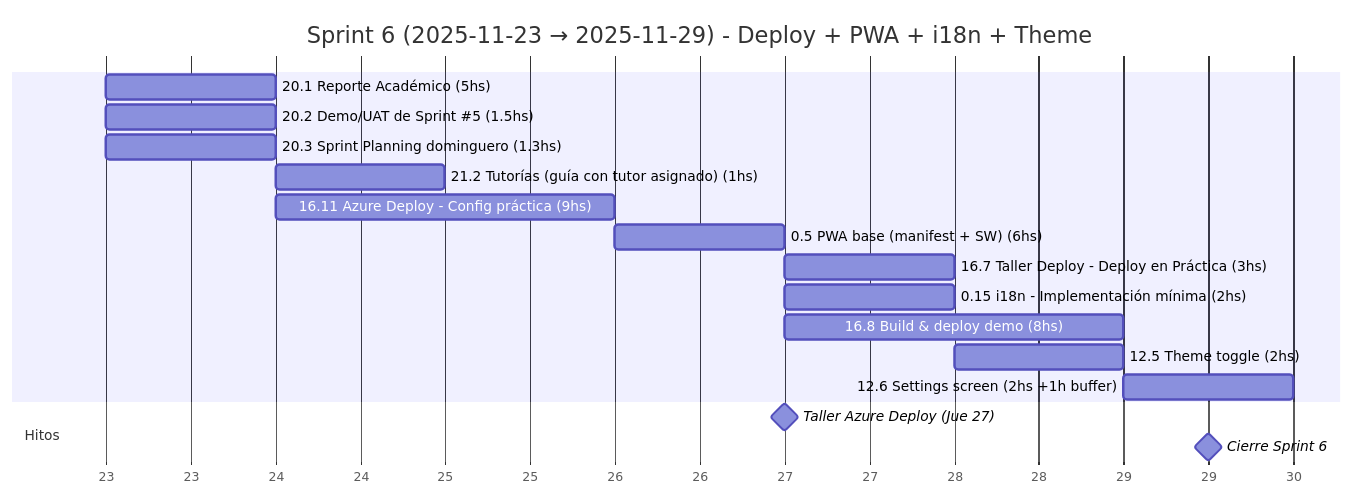
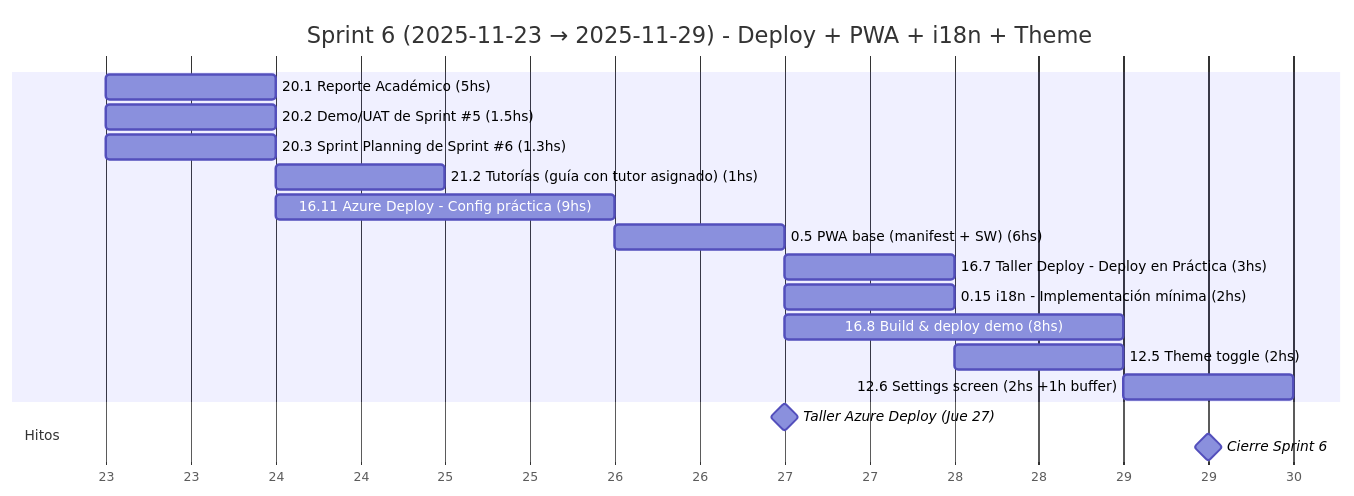
Before and after one commit to MarkMed/FleetMan: the seventh of 19 diagrams in docs/SprintsGantts.md, drawn with Mermaid. The commit also changed other lines of this file and 2 other files, not shown here.

Commit message:
feat: Update Sprint Planning references to include specific sprint numbers

````diff
--- a/docs/SprintsGantts.md
+++ b/docs/SprintsGantts.md
@@ -181,25 +181,25 @@
 ```mermaid
 gantt
   title Sprint 6 (2025-11-23 → 2025-11-29) - Deploy + PWA + i18n + Theme
   dateFormat  YYYY-MM-DD
   axisFormat  %d
 
   %% Asumimos 5 h/día. Horas estimadas incluidas en el nombre.
   %% ⚠️ Sprint ligeramente sobrecargado (40.8hs vs 35hs objetivo).
 
   20.1 Reporte Académico (5hs)                 :t201, 2025-11-23, 1d
   20.2 Demo/UAT de Sprint #5 (1.5hs)           :t202, 2025-11-23, 1d
-  20.3 Sprint Planning dominguero (1.3hs)      :t203, 2025-11-23, 1d
+  20.3 Sprint Planning de Sprint #6 (1.3hs)      :t203, 2025-11-23, 1d
   21.2 Tutorías (guía con tutor asignado) (1hs) :t212, 2025-11-24, 1d
   16.11 Azure Deploy - Config práctica (9hs)   :t1611, 2025-11-24, 2d
   0.5 PWA base (manifest + SW) (6hs)           :t05, after t1611, 1d
   16.7 Taller Deploy - Deploy en Práctica (3hs) :t167, 2025-11-27, 1d
   0.15 i18n - Implementación mínima (2hs)      :t015, after t05, 1d
   16.8 Build & deploy demo (8hs)               :t168, 2025-11-27, 2d
   12.5 Theme toggle (2hs)                      :t125, after t015, 1d
   12.6 Settings screen (2hs +1h buffer)        :t126, after t125, 1d
 
   section Hitos
   Taller Azure Deploy (Jue 27)                 :milestone, taller, 2025-11-27, 0d
   Cierre Sprint 6                              :milestone, s6, 2025-11-29, 1d
 ```
````
